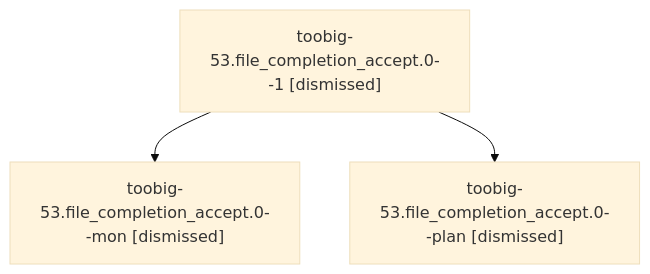
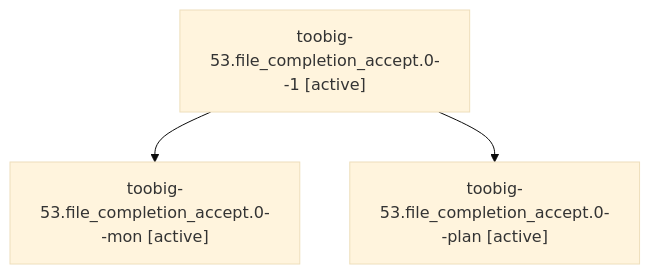
The diagram in families/bbugyi200.athena.toobig-53.file_completion_accept.0.md (sase-org/sase--agents), drawn with Mermaid (base theme) before and after one commit. The commit also changed other lines of this file and 35830 other files, not shown here.

````diff
--- a/families/bbugyi200.athena.toobig-53.file_completion_accept.0.md
+++ b/families/bbugyi200.athena.toobig-53.file_completion_accept.0.md
@@ -9,8 +9,8 @@
 ```mermaid
 flowchart TD
-  n0["toobig-53.file_completion_accept.0--1 [dismissed]"]
-  n1["toobig-53.file_completion_accept.0--mon [dismissed]"]
+  n0["toobig-53.file_completion_accept.0--1 [active]"]
+  n1["toobig-53.file_completion_accept.0--mon [active]"]
   n0 --> n1
-  n2["toobig-53.file_completion_accept.0--plan [dismissed]"]
+  n2["toobig-53.file_completion_accept.0--plan [active]"]
   n0 --> n2
 ```
````
